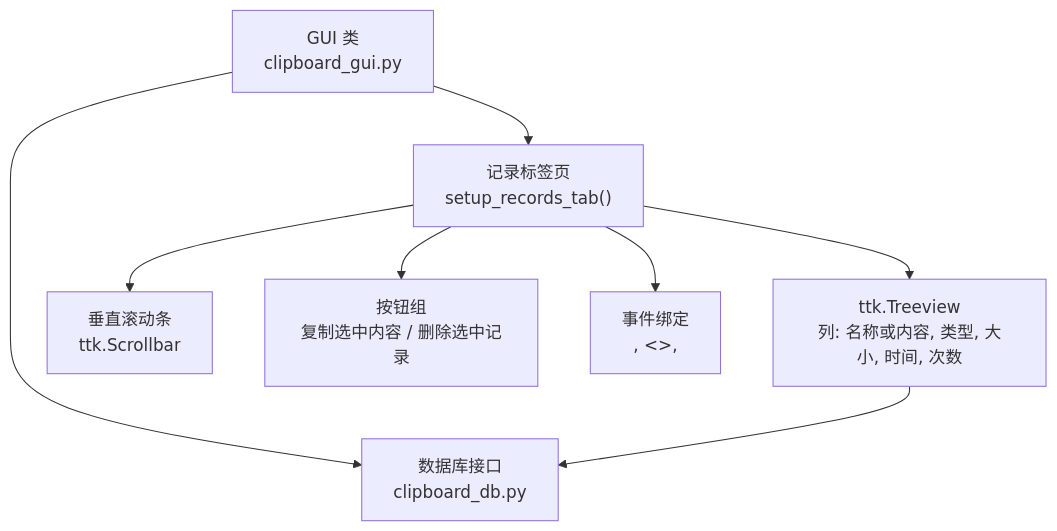
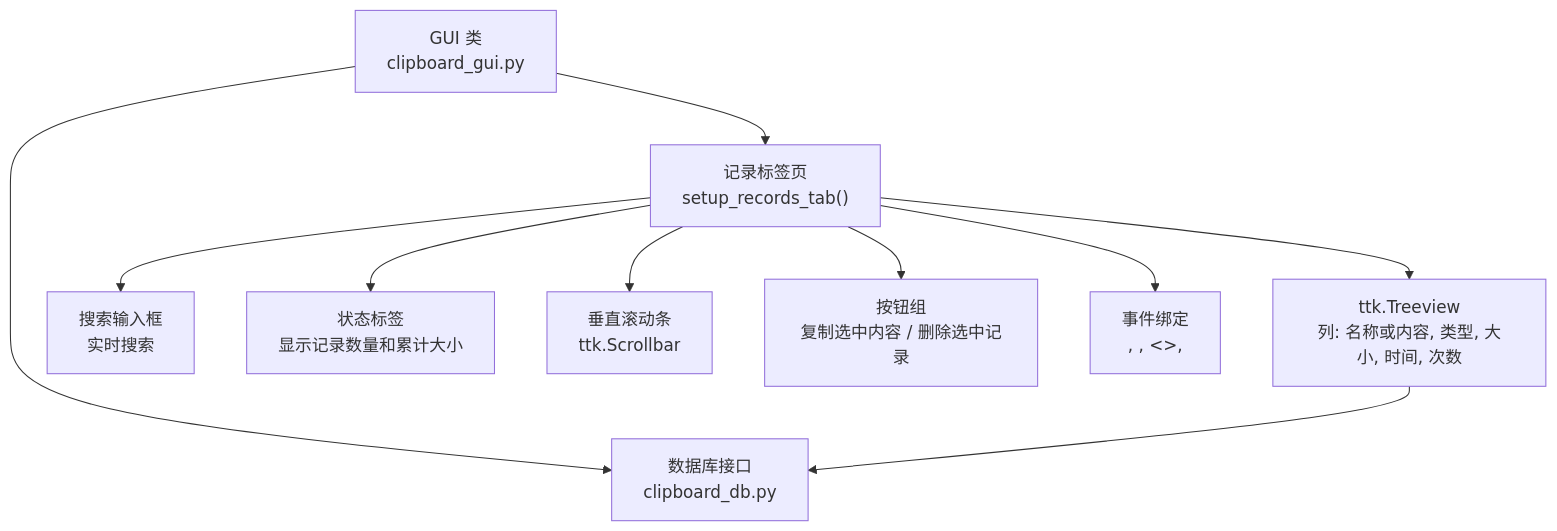
One commit to wzuu/CopyHistory changed the first of 4 diagrams in .qoder/repowiki/zh/content/API参考/ClipboardGUI类/记录标签页界面/记录标签页界面.md. Above: the diagram before and after it, drawn with Mermaid. The commit also changed other lines of this file and 7 other files, not shown here.

````diff
--- a/.qoder/repowiki/zh/content/API参考/ClipboardGUI类/记录标签页界面/记录标签页界面.md
+++ b/.qoder/repowiki/zh/content/API参考/ClipboardGUI类/记录标签页界面/记录标签页界面.md
@@ -32,10 +33,12 @@
 ```mermaid
 graph TB
 GUI["GUI 类<br/>clipboard_gui.py"] --> RecordsTab["记录标签页<br/>setup_records_tab()"]
 RecordsTab --> Tree["ttk.Treeview<br/>列: 名称或内容, 类型, 大小, 时间, 次数"]
+RecordsTab --> Search["搜索输入框<br/>实时搜索"]
+RecordsTab --> Status["状态标签<br/>显示记录数量和累计大小"]
 RecordsTab --> ScrollY["垂直滚动条<br/>ttk.Scrollbar"]
 RecordsTab --> Buttons["按钮组<br/>复制选中内容 / 删除选中记录"]
-RecordsTab --> Events["事件绑定<br/><Double-1>, <<TreeviewSelect>>, <MouseWheel>"]
+RecordsTab --> Events["事件绑定<br/><Double-1>, <Delete>, <<TreeviewSelect>>, <MouseWheel>"]
 GUI --> DB["数据库接口<br/>clipboard_db.py"]
 Tree --> DB
 ```
````
